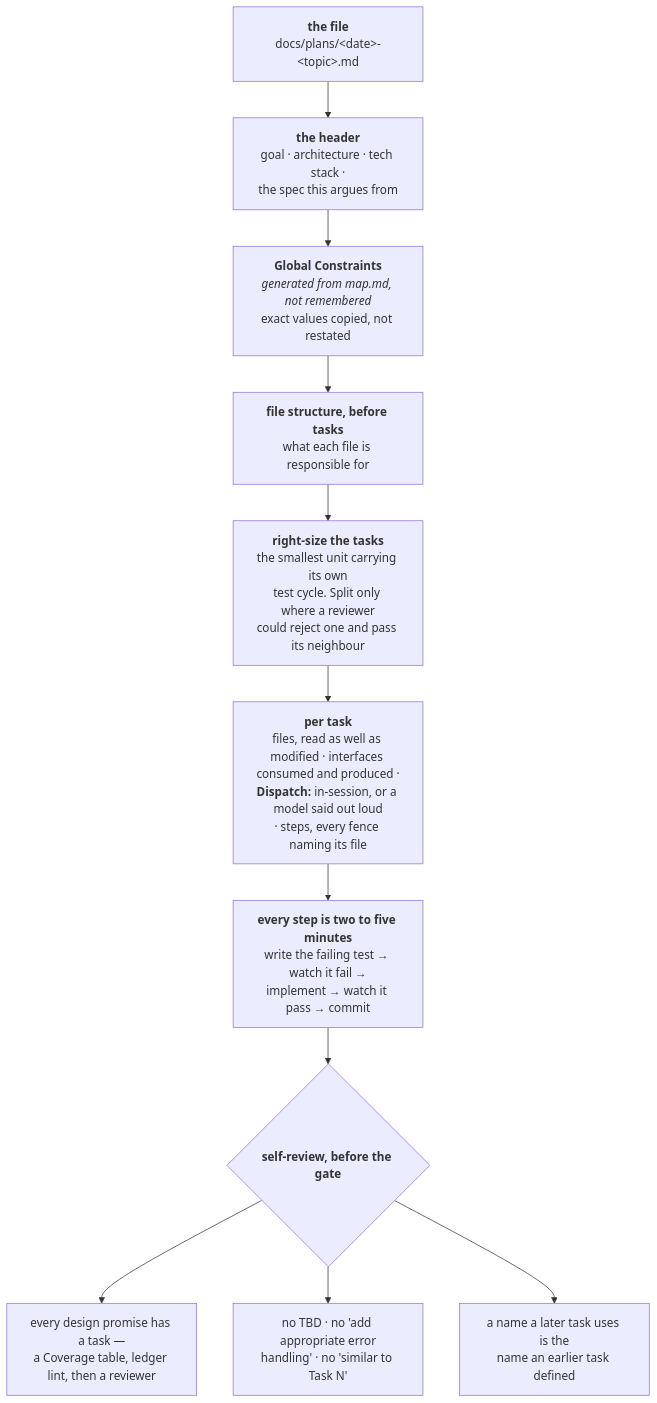
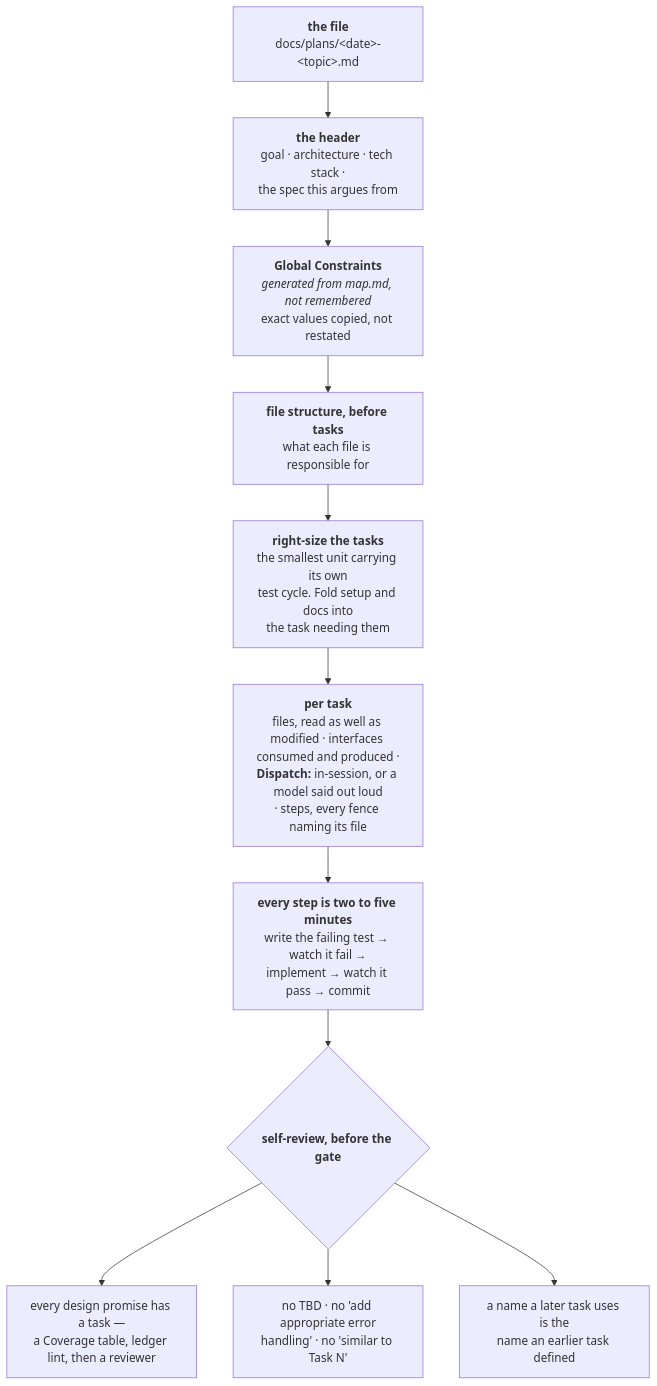
Before and after one commit to FanFantom9452/FanKeel: the third of 8 diagrams in docs/pipeline.md, drawn with Mermaid. The commit also changed other lines of this file and 5 other files, not shown here.

````diff
--- a/docs/pipeline.md
+++ b/docs/pipeline.md
@@ -428,19 +455,19 @@
 ```mermaid
 flowchart TD
     A["<b>the file</b><br/>docs/plans/&lt;date&gt;-&lt;topic&gt;.md"]
     B["<b>the header</b><br/>goal · architecture · tech stack ·<br/>the spec this argues from"]
     C["<b>Global Constraints</b><br/><i>generated from map.md, not remembered</i><br/>exact values copied, not restated"]
     D["<b>file structure, before tasks</b><br/>what each file is responsible for"]
-    E["<b>right-size the tasks</b><br/>the smallest unit carrying its own<br/>test cycle. Split only where a reviewer<br/>could reject one and pass its neighbour"]
+    E["<b>right-size the tasks</b><br/>the smallest unit carrying its own<br/>test cycle. Fold setup and docs into<br/>the task needing them"]
     F["<b>per task</b><br/>files, read as well as modified · interfaces consumed and produced ·<br/><b>Dispatch:</b> in-session, or a model said out loud<br/>· steps, every fence naming its file"]
     G["<b>every step is two to five minutes</b><br/>write the failing test → watch it fail →<br/>implement → watch it pass → commit"]
     H{"<b>self-review, before the gate</b>"}
     H1["every design promise has a task —<br/>a Coverage table, ledger lint, then a reviewer"]
     H2["no TBD · no 'add appropriate error<br/>handling' · no 'similar to Task N'"]
     H3["a name a later task uses is the<br/>name an earlier task defined"]
 
     A --> B --> C --> D --> E --> F --> G --> H
     H --> H1
     H --> H2
     H --> H3
 ```
````
